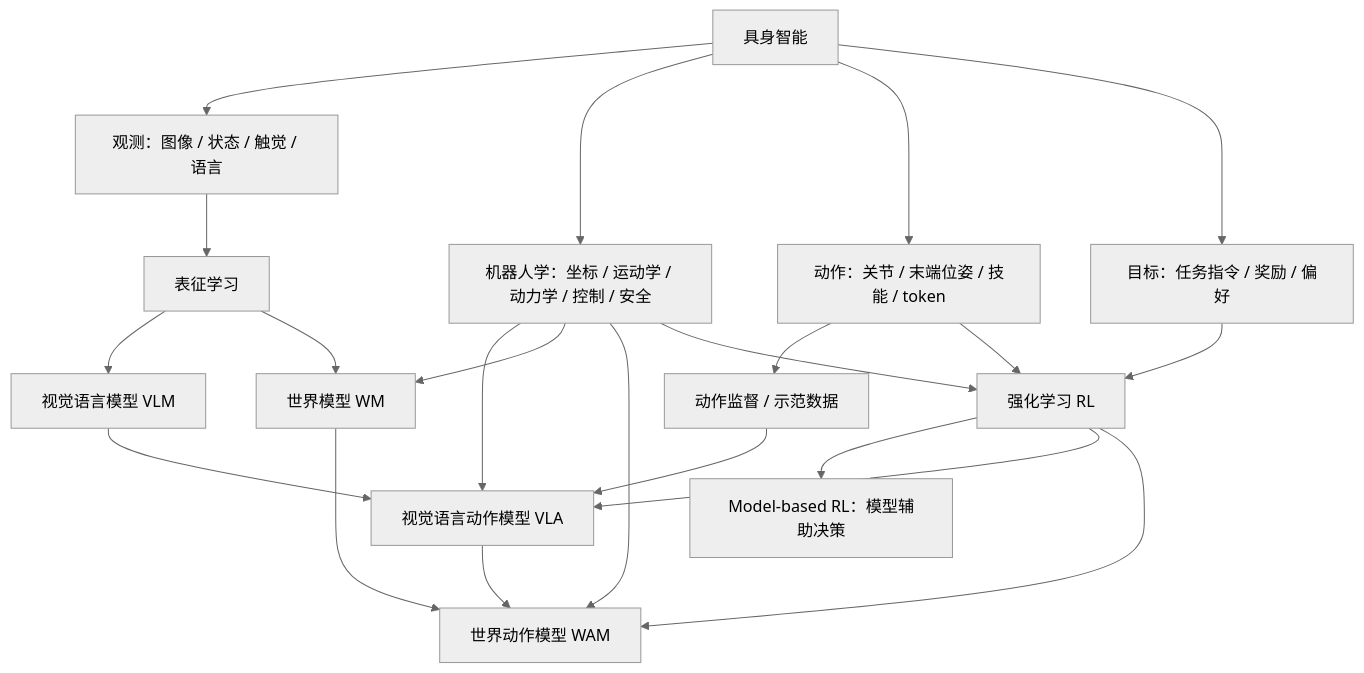
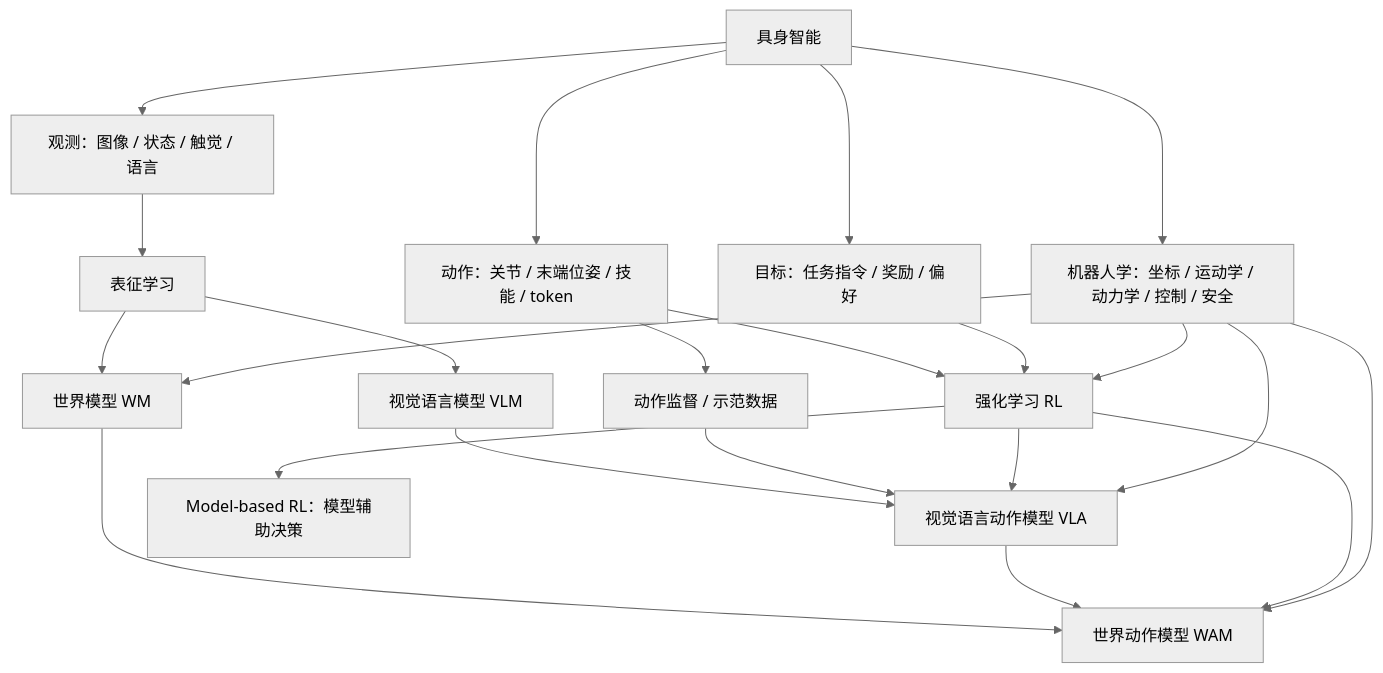
The second of 8 diagrams in docs/knowledge-map.md (Faraday-2024/Embodied-AI-Start), drawn with Mermaid (neutral theme) before and after one commit. The commit also changed other lines of this file, not shown here.

Commit message:
修改图表

````diff
--- a/docs/knowledge-map.md
+++ b/docs/knowledge-map.md
@@ -27,28 +27,28 @@
 ```mermaid
 flowchart TD
-    ROOT["具身智能"] --> OBS["观测：图像 / 状态 / 触觉 / 语言"]
+        ROOT["具身智能"] --> OBS["观测：图像 / 状态 / 触觉 / 语言"]
     ROOT --> ROB["机器人学：坐标 / 运动学 / 动力学 / 控制 / 安全"]
     ROOT --> ACT["动作：关节 / 末端位姿 / 技能 / token"]
     ROOT --> OBJ["目标：任务指令 / 奖励 / 偏好"]
 
     OBS --> REP["表征学习"]
     REP --> VLM["视觉语言模型 VLM"]
     REP --> WM["世界模型 WM"]
 
     VLM --> VLA["视觉语言动作模型 VLA"]
     WM --> WAM["世界动作模型 WAM"]
     VLA --> WAM
 
+    ACT --> RL["强化学习 RL"]
     ACT --> SUP["动作监督 / 示范数据"]
-    ACT --> RL["强化学习 RL"]
     OBJ --> RL
     RL --> MBRL["Model-based RL：模型辅助决策"]
 
     SUP --> VLA
     RL --> VLA
     RL --> WAM
+    ROB --> WM
     ROB --> VLA
-    ROB --> WM
     ROB --> WAM
     ROB --> RL
 ```
````
